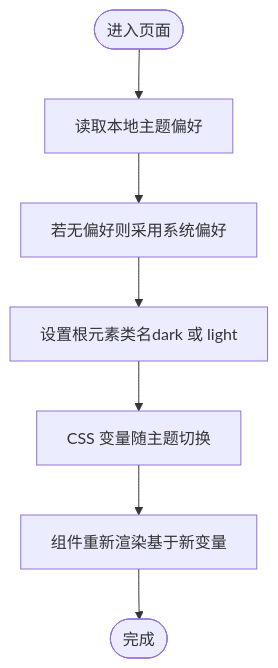
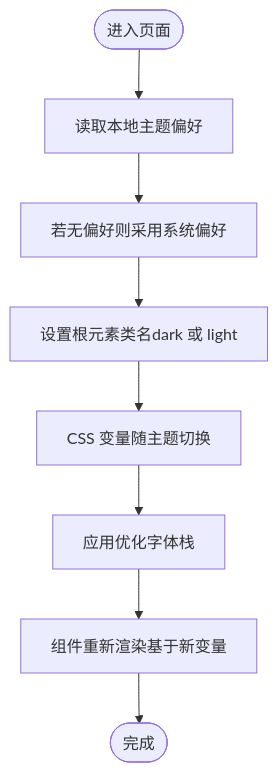
Before and after one commit to RadiumAg/AIGate: the fifth of 10 diagrams in .qoder/repowiki/zh/content/架构设计/前端架构.md, drawn with Mermaid. The commit also changed other lines of this file and 11 other files, not shown here.

````diff
--- a/.qoder/repowiki/zh/content/架构设计/前端架构.md
+++ b/.qoder/repowiki/zh/content/架构设计/前端架构.md
@@ -211,9 +250,10 @@
 ```mermaid
 flowchart TD
 Start(["进入页面"]) --> ReadPref["读取本地主题偏好"]
 ReadPref --> ApplySys["若无偏好则采用系统偏好"]
 ApplySys --> SetRoot["设置根元素类名dark 或 light"]
 SetRoot --> UpdateVars["CSS 变量随主题切换"]
-UpdateVars --> RenderUI["组件重新渲染基于新变量"]
+UpdateVars --> FontStack["应用优化字体栈"]
+FontStack --> RenderUI["组件重新渲染基于新变量"]
 RenderUI --> End(["完成"])
 ```
````
